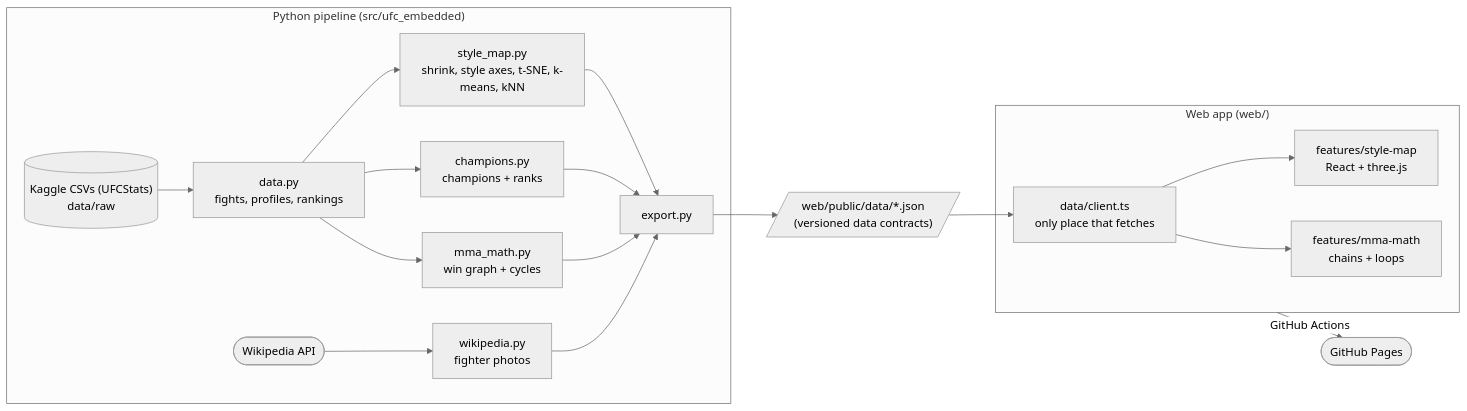
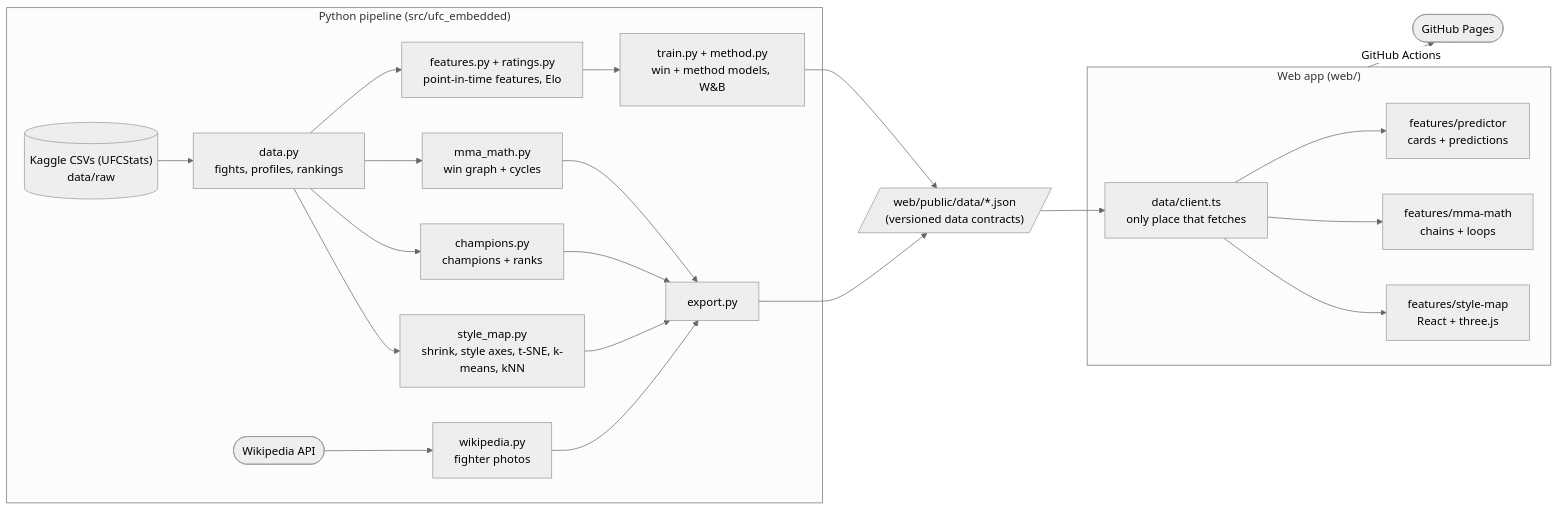
The diagram in README.md (abbasly/ufc_embedded), drawn with Mermaid (neutral theme) before and after one commit. The commit also changed other lines of this file and 3 other files, not shown here.

````diff
--- a/README.md
+++ b/README.md
@@ -85,24 +119,29 @@
 ```mermaid
 flowchart LR
     subgraph py["Python pipeline (src/ufc_embedded)"]
         raw[("Kaggle CSVs (UFCStats)<br/>data/raw")] --> data["data.py<br/>fights, profiles, rankings"]
         data --> sm["style_map.py<br/>shrink, style axes, t-SNE, k-means, kNN"]
         data --> champs["champions.py<br/>champions + ranks"]
         wiki(["Wikipedia API"]) --> photos["wikipedia.py<br/>fighter photos"]
         data --> mma["mma_math.py<br/>win graph + cycles"]
+        data --> pit["features.py + ratings.py<br/>point-in-time features, Elo"]
+        pit --> train["train.py + method.py<br/>win + method models, W&B"]
         sm --> export["export.py"]
         champs --> export
         photos --> export
         mma --> export
     end
 
+    train --> json
+
     export --> json[/"web/public/data/*.json<br/>(versioned data contracts)"/]
 
     subgraph web["Web app (web/)"]
         client["data/client.ts<br/>only place that fetches"] --> feat["features/style-map<br/>React + three.js"]
         client --> mmaui["features/mma-math<br/>chains + loops"]
+        client --> predui["features/predictor<br/>cards + predictions"]
     end
 
     json --> client
     web -->|"GitHub Actions"| pages(["GitHub Pages"])
 ```
````
